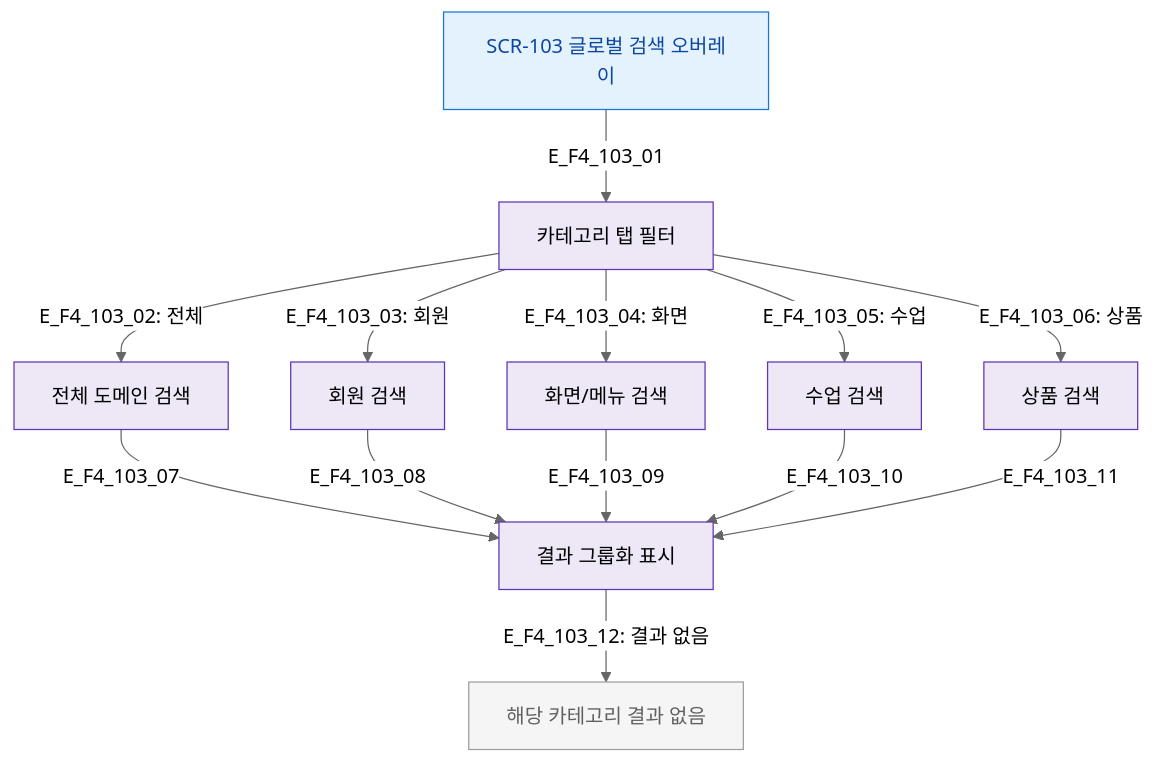
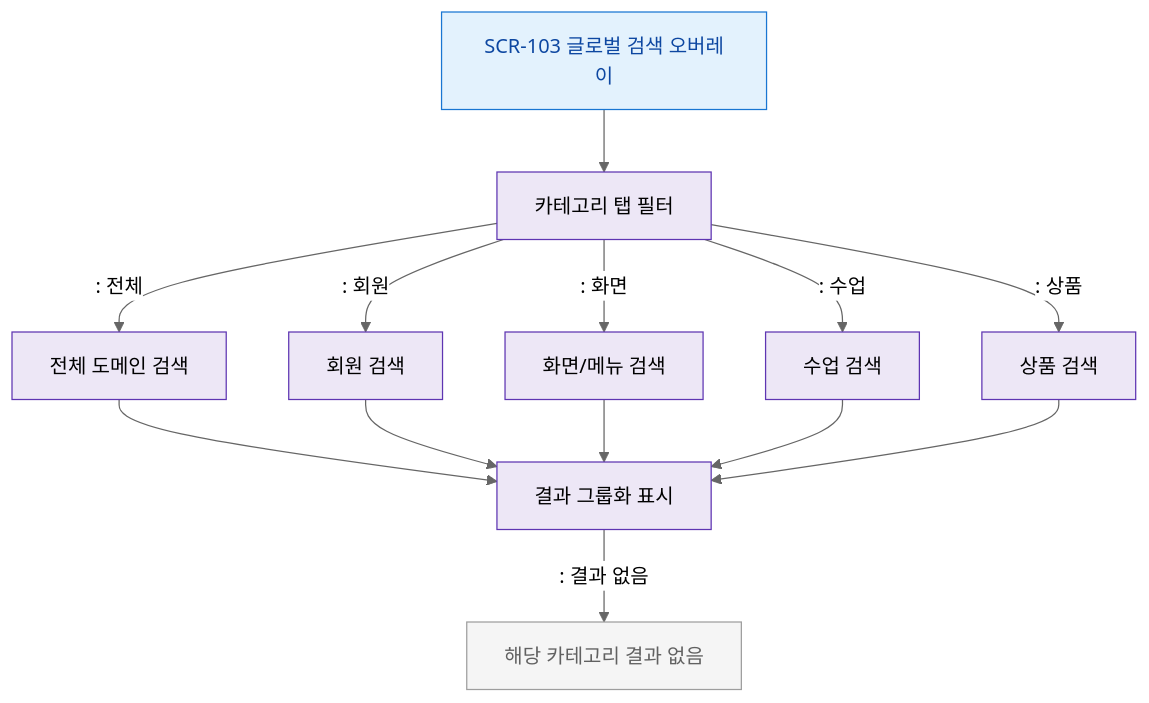
The diagram in docs/다이어그램/D01_공통/SCR-103_글로벌검색/F4_필터검색.md (dev-spogym/admin-pando), drawn with Mermaid (neutral theme) before and after one commit. The commit also changed other lines of this file and 1660 other files, not shown here.

First line of the commit message:
다이어그램: 기획자/클라이언트 납품본으로 정리

````diff
--- a/docs/다이어그램/D01_공통/SCR-103_글로벌검색/F4_필터검색.md
+++ b/docs/다이어그램/D01_공통/SCR-103_글로벌검색/F4_필터검색.md
@@ -19,25 +17,25 @@
 ```mermaid
 flowchart TD
-    SCR_103[SCR-103 글로벌 검색 오버레이] -->|E_F4_103_01| CATEGORY_FILTER[카테고리 탭 필터]
+    SCR_103[SCR-103 글로벌 검색 오버레이] --> CATEGORY_FILTER[카테고리 탭 필터]
 
-    CATEGORY_FILTER -->|"E_F4_103_02: 전체"| SEARCH_ALL[전체 도메인 검색]
-    CATEGORY_FILTER -->|"E_F4_103_03: 회원"| SEARCH_MEMBER[회원 검색]
-    CATEGORY_FILTER -->|"E_F4_103_04: 화면"| SEARCH_SCREEN[화면/메뉴 검색]
-    CATEGORY_FILTER -->|"E_F4_103_05: 수업"| SEARCH_CLASS[수업 검색]
-    CATEGORY_FILTER -->|"E_F4_103_06: 상품"| SEARCH_PRODUCT[상품 검색]
+    CATEGORY_FILTER -->|": 전체"|SEARCH_ALL[전체 도메인 검색]
+    CATEGORY_FILTER -->|": 회원"|SEARCH_MEMBER[회원 검색]
+    CATEGORY_FILTER -->|": 화면"|SEARCH_SCREEN[화면/메뉴 검색]
+    CATEGORY_FILTER -->|": 수업"|SEARCH_CLASS[수업 검색]
+    CATEGORY_FILTER -->|": 상품"|SEARCH_PRODUCT[상품 검색]
 
-    SEARCH_ALL -->|E_F4_103_07| RESULTS[결과 그룹화 표시]
-    SEARCH_MEMBER -->|E_F4_103_08| RESULTS
-    SEARCH_SCREEN -->|E_F4_103_09| RESULTS
-    SEARCH_CLASS -->|E_F4_103_10| RESULTS
-    SEARCH_PRODUCT -->|E_F4_103_11| RESULTS
+    SEARCH_ALL --> RESULTS[결과 그룹화 표시]
+    SEARCH_MEMBER --> RESULTS
+    SEARCH_SCREEN --> RESULTS
+    SEARCH_CLASS --> RESULTS
+    SEARCH_PRODUCT --> RESULTS
 
-    RESULTS -->|"E_F4_103_12: 결과 없음"| EMPTY[해당 카테고리 결과 없음]
+    RESULTS -->|": 결과 없음"|EMPTY[해당 카테고리 결과 없음]
 
-    classDef screen      fill:#E3F2FD,stroke:#1976D2,color:#0D47A1
-    classDef system      fill:#EDE7F6,stroke:#5E35B2
+    classDef screen fill:#E3F2FD,stroke:#1976D2,color:#0D47A1
+    classDef system fill:#EDE7F6,stroke:#5E35B2
     classDef rbacBlocked fill:#F5F5F5,stroke:#9E9E9E,color:#616161
     class SCR_103 screen
     class CATEGORY_FILTER,SEARCH_ALL,SEARCH_MEMBER,SEARCH_SCREEN,SEARCH_CLASS,SEARCH_PRODUCT,RESULTS system
     class EMPTY rbacBlocked
 ```
````
